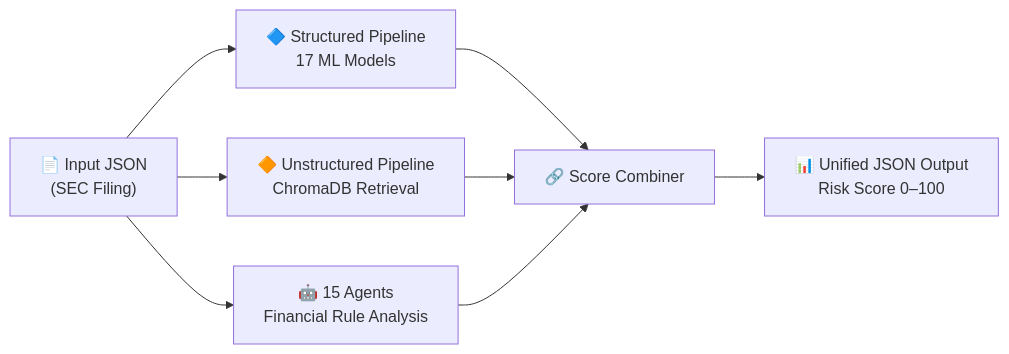
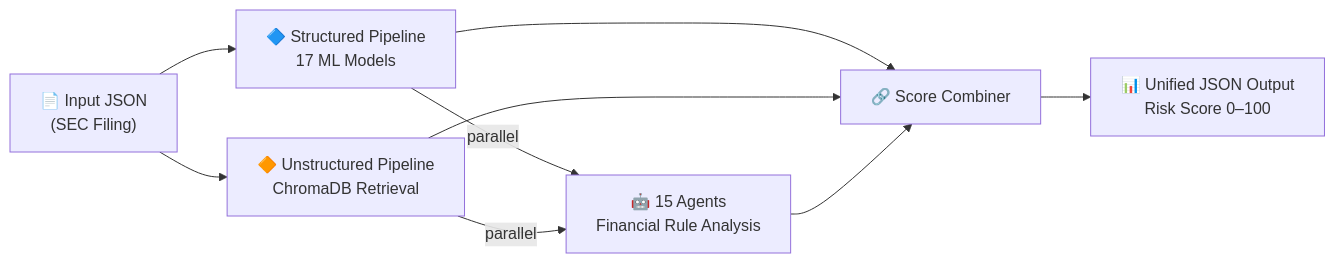
The diagram in README.md (ChaudaryAbdullah/Questor), drawn with Mermaid before and after one commit. The commit also changed 1 other file, not shown here.

Commit message:
Readmes again

````diff
--- a/README.md
+++ b/README.md
@@ -101,10 +101,11 @@
 ```mermaid
 graph LR
     A["📄 Input JSON\n(SEC Filing)"] --> B["🔷 Structured Pipeline\n17 ML Models"]
     A --> C["🔶 Unstructured Pipeline\nChromaDB Retrieval"]
-    A --> D["🤖 15 Agents\nFinancial Rule Analysis"]
+    B -- parallel --> D["🤖 15 Agents\nFinancial Rule Analysis"]
+    C -- parallel --> D
     B --> E["🔗 Score Combiner"]
     C --> E
     D --> E
     E --> F["📊 Unified JSON Output\nRisk Score 0–100"]
 ```
````
